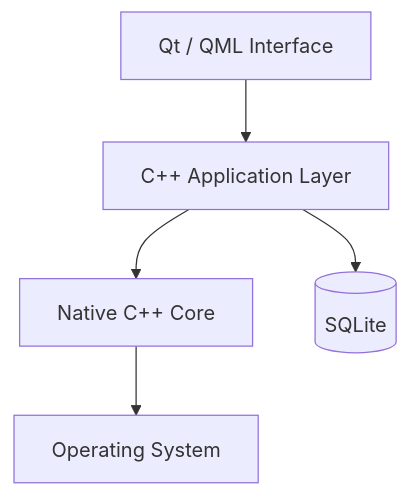
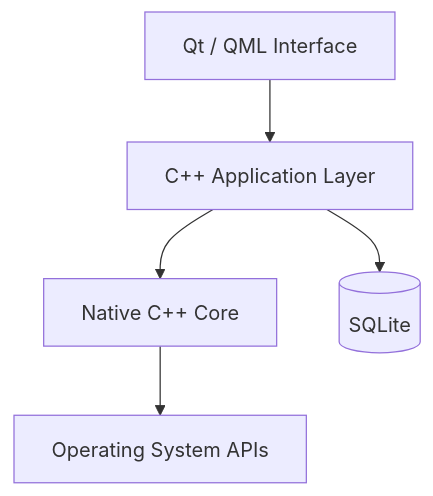
Before and after one commit to VoidOne-App/VoidOne: the first of 2 diagrams in README.md, drawn with Mermaid. The commit also changed other lines of this file, not shown here.

````diff
--- a/README.md
+++ b/README.md
@@ -537,13 +600,13 @@
 ```mermaid
 flowchart TB
     UI["Qt / QML Interface"]
     APP["C++ Application Layer"]
     CORE["Native C++ Core"]
     DB[("SQLite")]
-    OS["Operating System"]
+    OS["Operating System APIs"]
 
     UI --> APP
     APP --> CORE
     APP --> DB
     CORE --> OS
 ```
````
